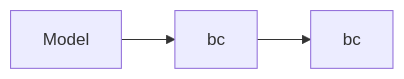
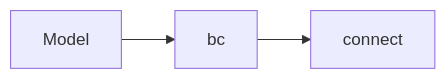
Diagram 17 of 19 in docs/source/api/model_api.rst (airinnova/framat), drawn with Mermaid before and after one commit. The commit also changed other lines of this file and 3 other files, not shown here.

```diff
--- a/docs/source/api/model_api.rst
+++ b/docs/source/api/model_api.rst
@@ -719,6 +718,6 @@
 .. mermaid::
 
     graph LR
     A[Model]
     A --> F1[bc] 
-    F1 --> P1[bc] 
+    F1 --> P1[connect] 
```
